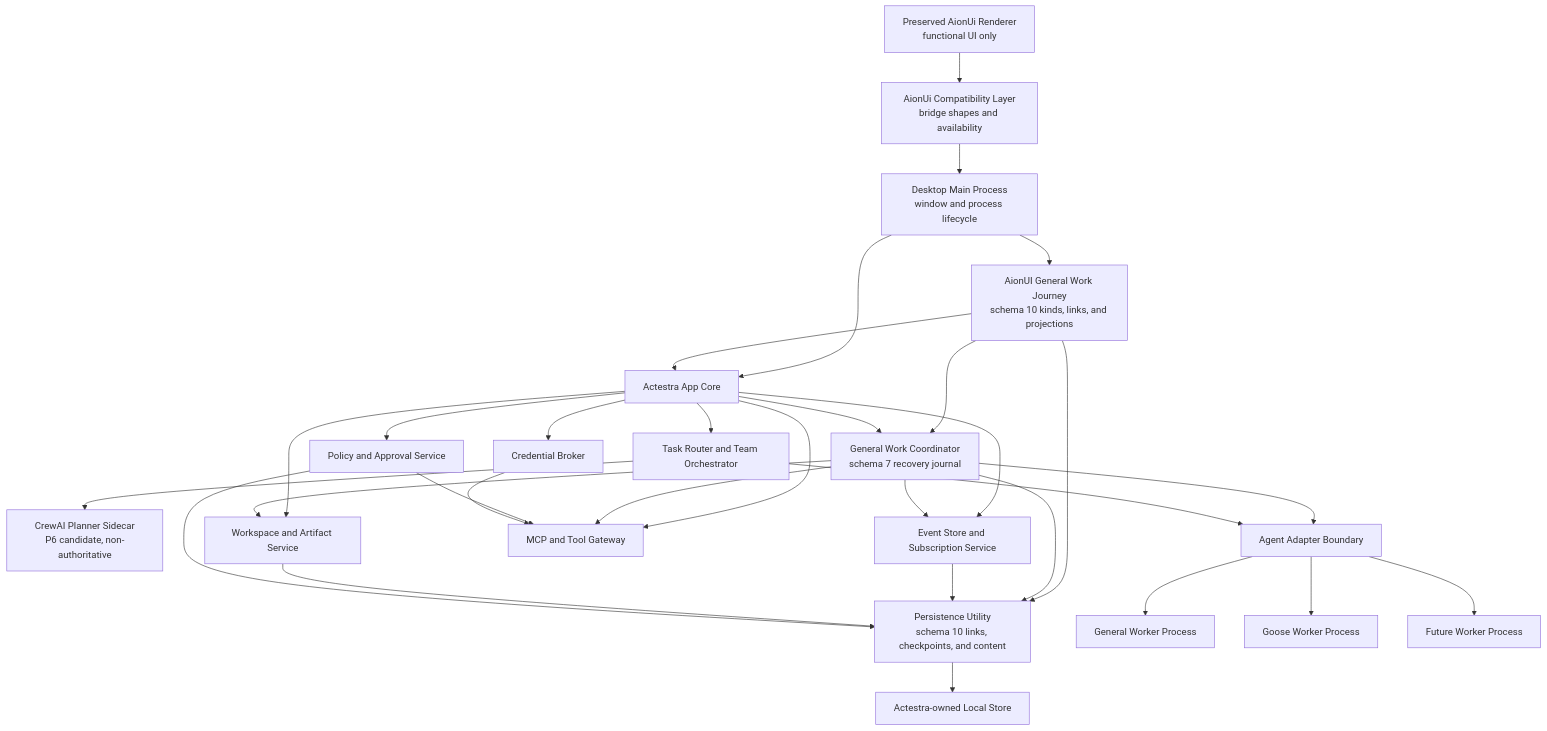
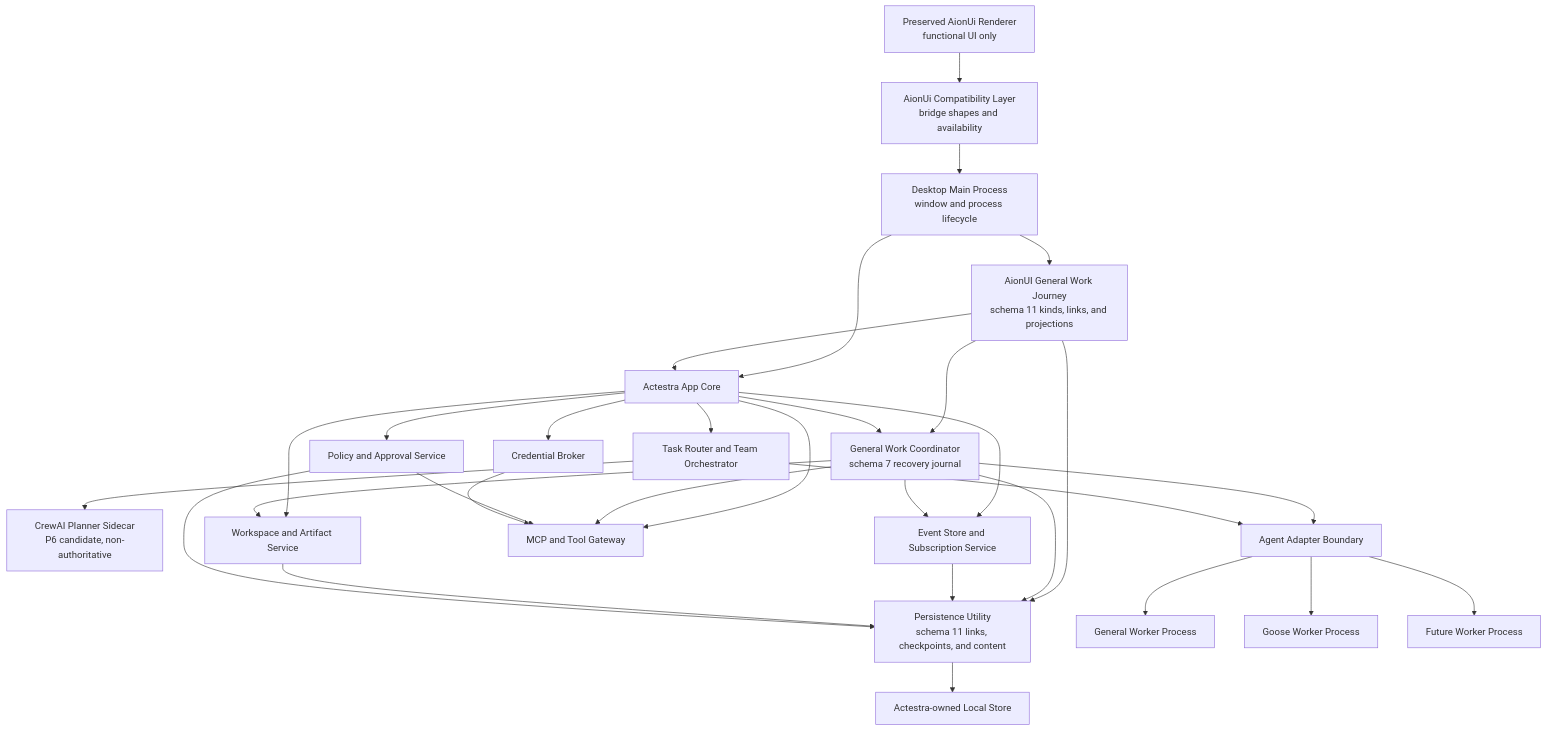
One commit to Ablankpaper/actestra-desktop changed the diagram in docs/architecture/SYSTEM_OVERVIEW.md. Above: the diagram before and after it, drawn with Mermaid. The commit also changed other lines of this file and 32 other files, not shown here.

````diff
--- a/docs/architecture/SYSTEM_OVERVIEW.md
+++ b/docs/architecture/SYSTEM_OVERVIEW.md
@@ -17,53 +18,53 @@
 ```mermaid
 flowchart TD
     RENDERER["Preserved AionUi Renderer\nfunctional UI only"]
     COMPAT["AionUi Compatibility Layer\nbridge shapes and availability"]
     MAIN["Desktop Main Process\nwindow and process lifecycle"]
     CORE["Actestra App Core"]
-    JOURNEY["AionUI General Work Journey\nschema 10 kinds, links, and projections"]
+    JOURNEY["AionUI General Work Journey\nschema 11 kinds, links, and projections"]
     RECOVERY["General Work Coordinator\nschema 7 recovery journal"]
     ROUTER["Task Router and Team Orchestrator"]
     PLANNER["CrewAI Planner Sidecar\nP6 candidate, non-authoritative"]
     POLICY["Policy and Approval Service"]
     EVENTS["Event Store and Subscription Service"]
     ARTIFACTS["Workspace and Artifact Service"]
     CREDS["Credential Broker"]
     TOOLS["MCP and Tool Gateway"]
-    PERSIST["Persistence Utility\nschema 10 links, checkpoints, and content"]
+    PERSIST["Persistence Utility\nschema 11 links, checkpoints, and content"]
     ADAPTERS["Agent Adapter Boundary"]
     GENERAL["General Worker Process"]
     GOOSE["Goose Worker Process"]
     FUTURE["Future Worker Process"]
     STORE["Actestra-owned Local Store"]
 
     RENDERER --> COMPAT
     COMPAT --> MAIN
     MAIN --> CORE
     MAIN --> JOURNEY
     JOURNEY --> CORE
     JOURNEY --> RECOVERY
     JOURNEY --> PERSIST
     CORE --> RECOVERY
     CORE --> ROUTER
     CORE --> POLICY
     CORE --> EVENTS
     CORE --> ARTIFACTS
     CORE --> CREDS
     CORE --> TOOLS
     RECOVERY --> EVENTS
     RECOVERY --> ARTIFACTS
     RECOVERY --> TOOLS
     RECOVERY --> ADAPTERS
     RECOVERY --> PERSIST
     ROUTER --> ADAPTERS
     ROUTER --> PLANNER
     ADAPTERS --> GENERAL
     ADAPTERS --> GOOSE
     ADAPTERS --> FUTURE
     POLICY --> TOOLS
     CREDS --> TOOLS
     EVENTS --> PERSIST
     ARTIFACTS --> PERSIST
     POLICY --> PERSIST
     PERSIST --> STORE
 ```
````
